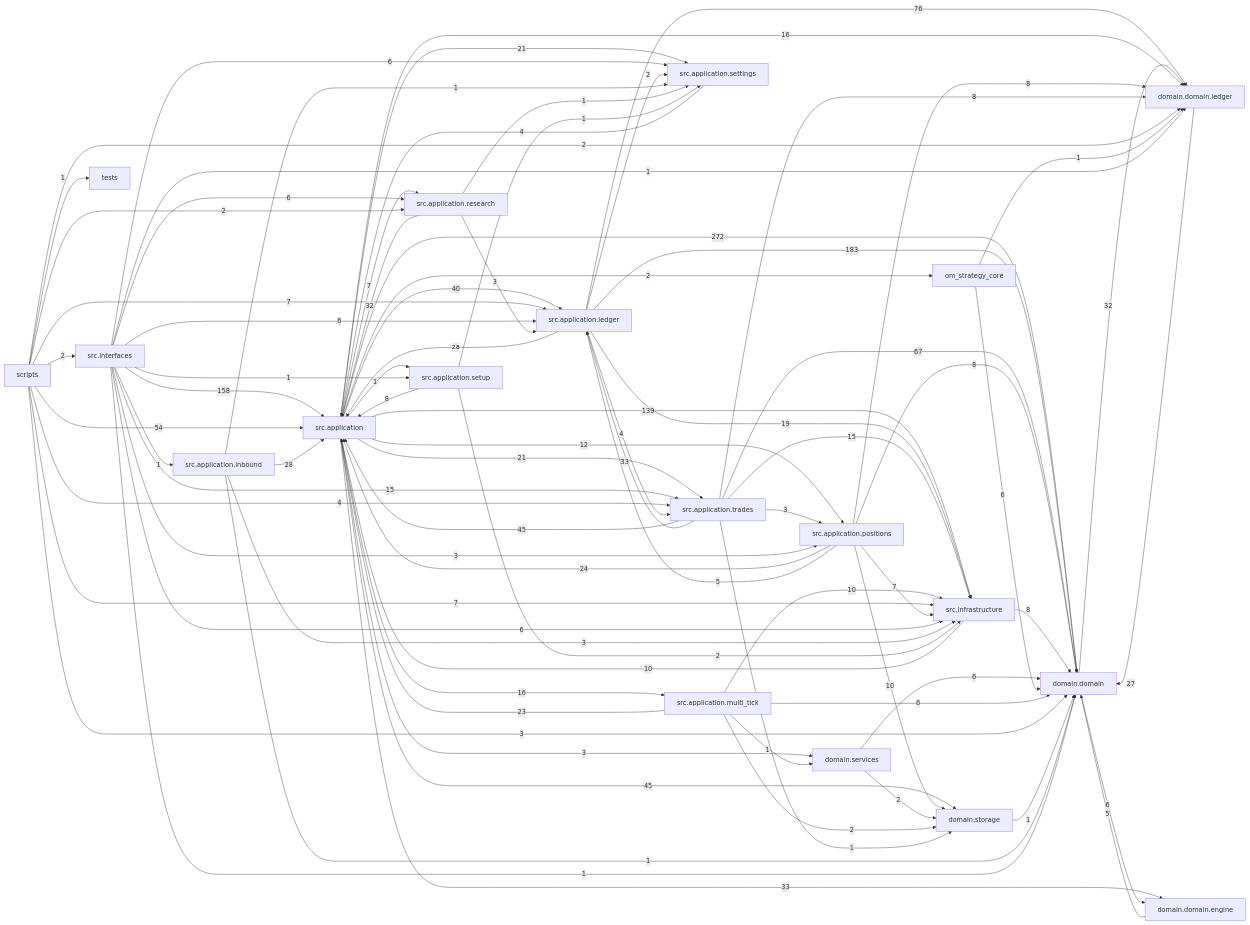
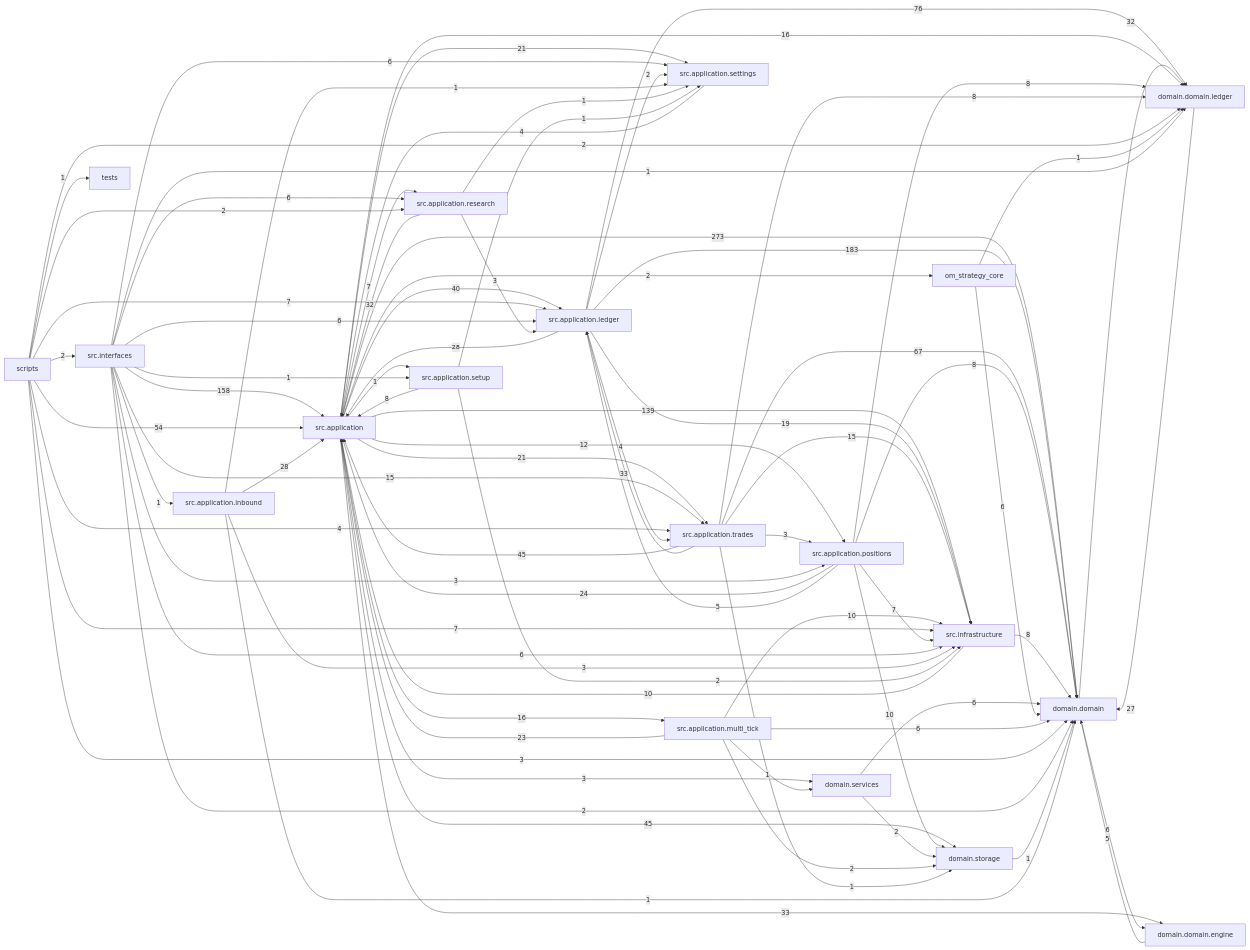
One commit to liuxie066/options-monitor changed the diagram in docs/dependency_graph.mmd. Above: the diagram before and after it, drawn with Mermaid. The commit also changed 17 other files, not shown here.

```diff
--- a/docs/dependency_graph.mmd
+++ b/docs/dependency_graph.mmd
@@ -1,81 +1,81 @@
 flowchart LR
-  src_application["src.application"] -->|272| domain_domain["domain.domain"]
+  src_application["src.application"] -->|273| domain_domain["domain.domain"]
   src_application_ledger["src.application.ledger"] -->|183| domain_domain["domain.domain"]
   src_interfaces["src.interfaces"] -->|158| src_application["src.application"]
   src_application["src.application"] -->|139| src_infrastructure["src.infrastructure"]
   src_application_ledger["src.application.ledger"] -->|76| domain_domain_ledger["domain.domain.ledger"]
   src_application_trades["src.application.trades"] -->|67| domain_domain["domain.domain"]
   scripts["scripts"] -->|54| src_application["src.application"]
   src_application["src.application"] -->|45| domain_storage["domain.storage"]
   src_application_trades["src.application.trades"] -->|45| src_application["src.application"]
   src_application["src.application"] -->|40| src_application_ledger["src.application.ledger"]
   src_application["src.application"] -->|33| domain_domain_engine["domain.domain.engine"]
   src_application_trades["src.application.trades"] -->|33| src_application_ledger["src.application.ledger"]
   domain_domain["domain.domain"] -->|32| domain_domain_ledger["domain.domain.ledger"]
   src_application_research["src.application.research"] -->|32| src_application["src.application"]
   src_application_inbound["src.application.inbound"] -->|28| src_application["src.application"]
   src_application_ledger["src.application.ledger"] -->|28| src_application["src.application"]
   domain_domain_ledger["domain.domain.ledger"] -->|27| domain_domain["domain.domain"]
   src_application_positions["src.application.positions"] -->|24| src_application["src.application"]
   src_application_multi_tick["src.application.multi_tick"] -->|23| src_application["src.application"]
   src_application["src.application"] -->|21| src_application_settings["src.application.settings"]
   src_application["src.application"] -->|21| src_application_trades["src.application.trades"]
   src_application_ledger["src.application.ledger"] -->|19| src_infrastructure["src.infrastructure"]
   src_application["src.application"] -->|16| domain_domain_ledger["domain.domain.ledger"]
   src_application["src.application"] -->|16| src_application_multi_tick["src.application.multi_tick"]
   src_application_trades["src.application.trades"] -->|15| src_infrastructure["src.infrastructure"]
   src_interfaces["src.interfaces"] -->|15| src_application_trades["src.application.trades"]
   src_application["src.application"] -->|12| src_application_positions["src.application.positions"]
   src_application_multi_tick["src.application.multi_tick"] -->|10| src_infrastructure["src.infrastructure"]
   src_application_positions["src.application.positions"] -->|10| domain_storage["domain.storage"]
   src_infrastructure["src.infrastructure"] -->|10| src_application["src.application"]
   src_application_positions["src.application.positions"] -->|8| domain_domain["domain.domain"]
   src_application_positions["src.application.positions"] -->|8| domain_domain_ledger["domain.domain.ledger"]
   src_application_setup["src.application.setup"] -->|8| src_application["src.application"]
   src_application_trades["src.application.trades"] -->|8| domain_domain_ledger["domain.domain.ledger"]
   src_infrastructure["src.infrastructure"] -->|8| domain_domain["domain.domain"]
   scripts["scripts"] -->|7| src_application_ledger["src.application.ledger"]
   scripts["scripts"] -->|7| src_infrastructure["src.infrastructure"]
   src_application["src.application"] -->|7| src_application_research["src.application.research"]
   src_application_positions["src.application.positions"] -->|7| src_infrastructure["src.infrastructure"]
   domain_domain["domain.domain"] -->|6| domain_domain_engine["domain.domain.engine"]
   domain_services["domain.services"] -->|6| domain_domain["domain.domain"]
   om_strategy_core["om_strategy_core"] -->|6| domain_domain["domain.domain"]
   src_application_multi_tick["src.application.multi_tick"] -->|6| domain_domain["domain.domain"]
   src_interfaces["src.interfaces"] -->|6| src_application_ledger["src.application.ledger"]
   src_interfaces["src.interfaces"] -->|6| src_application_research["src.application.research"]
   src_interfaces["src.interfaces"] -->|6| src_application_settings["src.application.settings"]
   src_interfaces["src.interfaces"] -->|6| src_infrastructure["src.infrastructure"]
   domain_domain_engine["domain.domain.engine"] -->|5| domain_domain["domain.domain"]
   src_application_positions["src.application.positions"] -->|5| src_application_ledger["src.application.ledger"]
   scripts["scripts"] -->|4| src_application_trades["src.application.trades"]
   src_application_ledger["src.application.ledger"] -->|4| src_application_trades["src.application.trades"]
   src_application_settings["src.application.settings"] -->|4| src_application["src.application"]
   scripts["scripts"] -->|3| domain_domain["domain.domain"]
   src_application["src.application"] -->|3| domain_services["domain.services"]
   src_application_inbound["src.application.inbound"] -->|3| src_infrastructure["src.infrastructure"]
   src_application_research["src.application.research"] -->|3| src_application_ledger["src.application.ledger"]
   src_application_trades["src.application.trades"] -->|3| src_application_positions["src.application.positions"]
   src_interfaces["src.interfaces"] -->|3| src_application_positions["src.application.positions"]
   domain_services["domain.services"] -->|2| domain_storage["domain.storage"]
   scripts["scripts"] -->|2| domain_domain_ledger["domain.domain.ledger"]
   scripts["scripts"] -->|2| src_application_research["src.application.research"]
   scripts["scripts"] -->|2| src_interfaces["src.interfaces"]
   src_application["src.application"] -->|2| om_strategy_core["om_strategy_core"]
   src_application_ledger["src.application.ledger"] -->|2| src_application_settings["src.application.settings"]
   src_application_multi_tick["src.application.multi_tick"] -->|2| domain_storage["domain.storage"]
   src_application_setup["src.application.setup"] -->|2| src_infrastructure["src.infrastructure"]
+  src_interfaces["src.interfaces"] -->|2| domain_domain["domain.domain"]
   domain_storage["domain.storage"] -->|1| domain_domain["domain.domain"]
   om_strategy_core["om_strategy_core"] -->|1| domain_domain_ledger["domain.domain.ledger"]
   scripts["scripts"] -->|1| tests["tests"]
   src_application["src.application"] -->|1| src_application_setup["src.application.setup"]
   src_application_inbound["src.application.inbound"] -->|1| domain_domain["domain.domain"]
   src_application_inbound["src.application.inbound"] -->|1| src_application_settings["src.application.settings"]
   src_application_multi_tick["src.application.multi_tick"] -->|1| domain_services["domain.services"]
   src_application_research["src.application.research"] -->|1| src_application_settings["src.application.settings"]
   src_application_setup["src.application.setup"] -->|1| src_application_settings["src.application.settings"]
   src_application_trades["src.application.trades"] -->|1| domain_storage["domain.storage"]
-  src_interfaces["src.interfaces"] -->|1| domain_domain["domain.domain"]
   src_interfaces["src.interfaces"] -->|1| domain_domain_ledger["domain.domain.ledger"]
   src_interfaces["src.interfaces"] -->|1| src_application_inbound["src.application.inbound"]
   src_interfaces["src.interfaces"] -->|1| src_application_setup["src.application.setup"]
```
